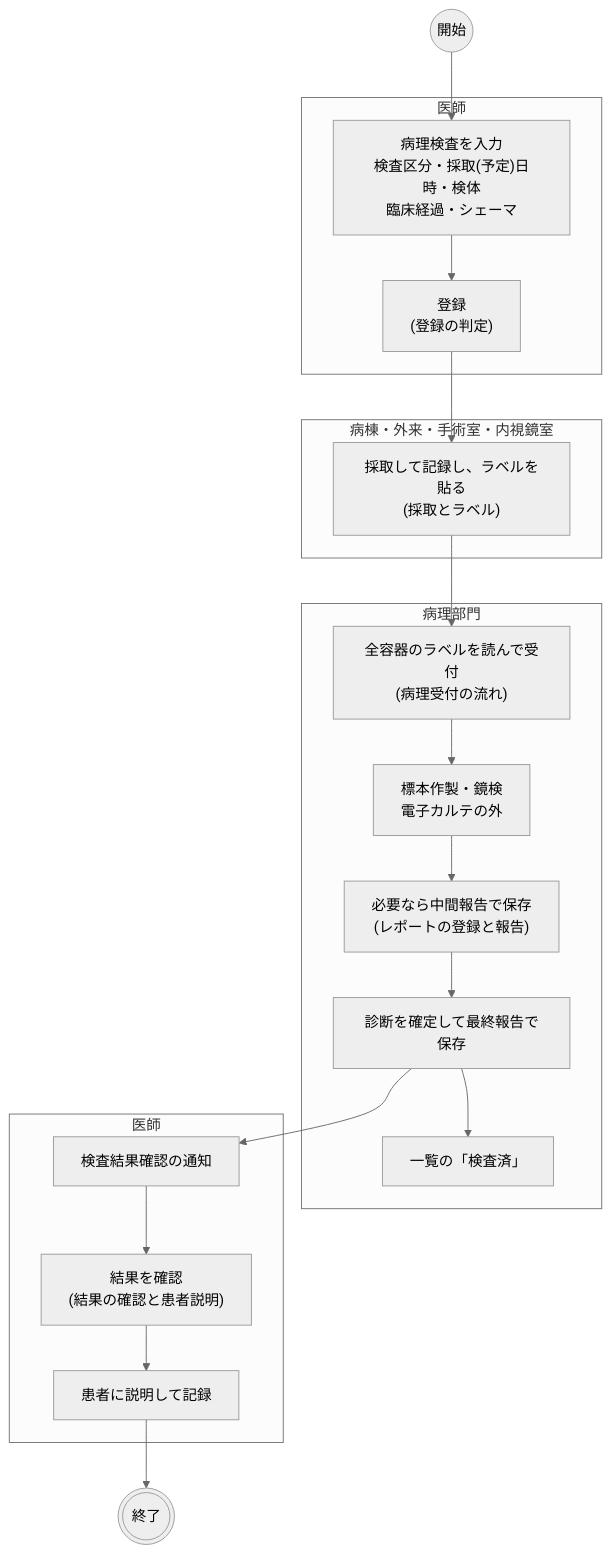
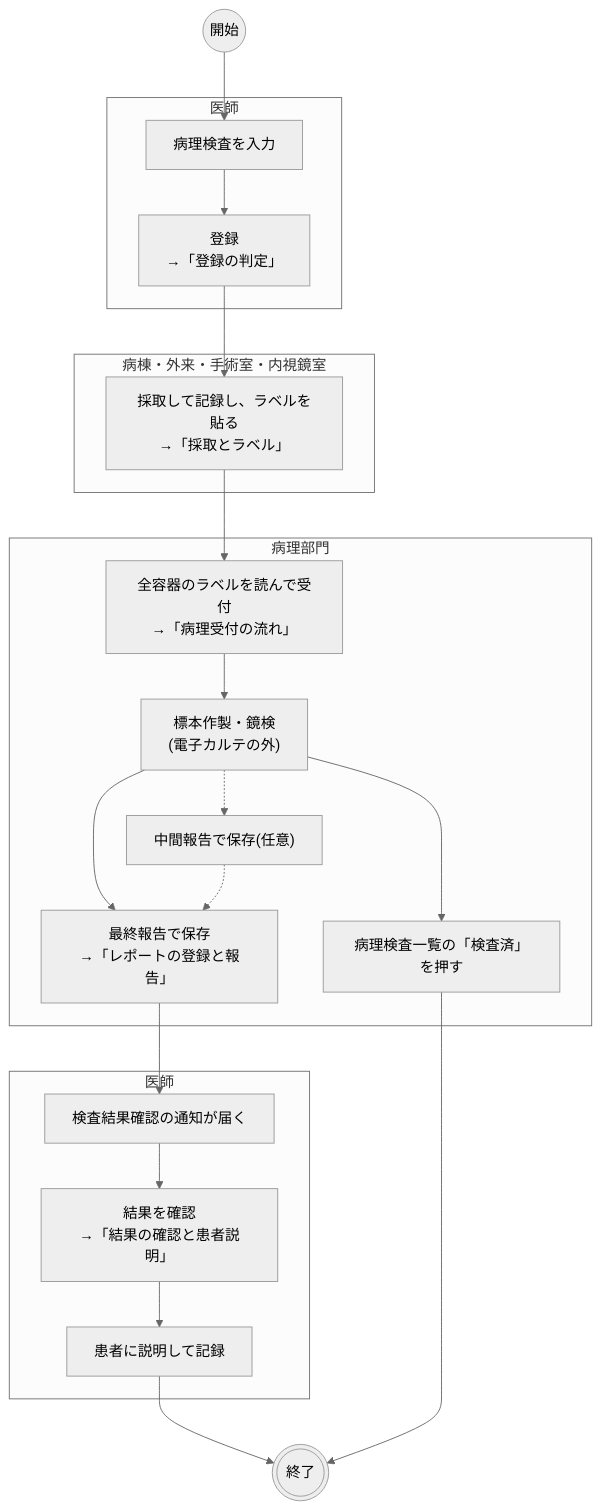
One commit to ysnr-dev/fhir-client changed the first of 20 diagrams in docs/order-flows/patho.md. Above: the diagram before and after it, drawn with Mermaid (neutral theme). The commit also changed other lines of this file and 7 other files, not shown here.

````diff
--- a/docs/order-flows/patho.md
+++ b/docs/order-flows/patho.md
@@ -60,31 +30,33 @@
 ```mermaid
 flowchart TD
   start(("開始"))
   finish((("終了")))
 
   subgraph doctor["医師"]
-    input["病理検査を入力<br/>検査区分・採取(予定)日時・検体<br/>臨床経過・シェーマ"]
-    register["登録<br/>(登録の判定)"]
+    input["病理検査を入力"]
+    register["登録<br/>→「登録の判定」"]
   end
 
   subgraph ward["病棟・外来・手術室・内視鏡室"]
-    collect["採取して記録し、ラベルを貼る<br/>(採取とラベル)"]
+    collect["採取して記録し、ラベルを貼る<br/>→「採取とラベル」"]
   end
 
   subgraph patho["病理部門"]
-    reception["全容器のラベルを読んで受付<br/>(病理受付の流れ)"]
-    prepare["標本作製・鏡検<br/>電子カルテの外"]
-    interim["必要なら中間報告で保存<br/>(レポートの登録と報告)"]
-    finalReport["診断を確定して最終報告で保存"]
-    examined["一覧の「検査済」"]
+    reception["全容器のラベルを読んで受付<br/>→「病理受付の流れ」"]
+    prepare["標本作製・鏡検<br/>(電子カルテの外)"]
+    interim["中間報告で保存(任意)"]
+    finalReport["最終報告で保存<br/>→「レポートの登録と報告」"]
+    examined["病理検査一覧の「検査済」を押す"]
   end
 
   subgraph review["医師"]
-    notify["検査結果確認の通知"]
-    confirm["結果を確認<br/>(結果の確認と患者説明)"]
+    notify["検査結果確認の通知が届く"]
+    confirm["結果を確認<br/>→「結果の確認と患者説明」"]
     explain["患者に説明して記録"]
   end
 
-  start --> input --> register --> collect --> reception --> prepare --> interim --> finalReport --> examined
+  start --> input --> register --> collect --> reception --> prepare --> finalReport
+  prepare -.-> interim -.-> finalReport
   finalReport --> notify --> confirm --> explain --> finish
+  prepare --> examined --> finish
 ```
````
